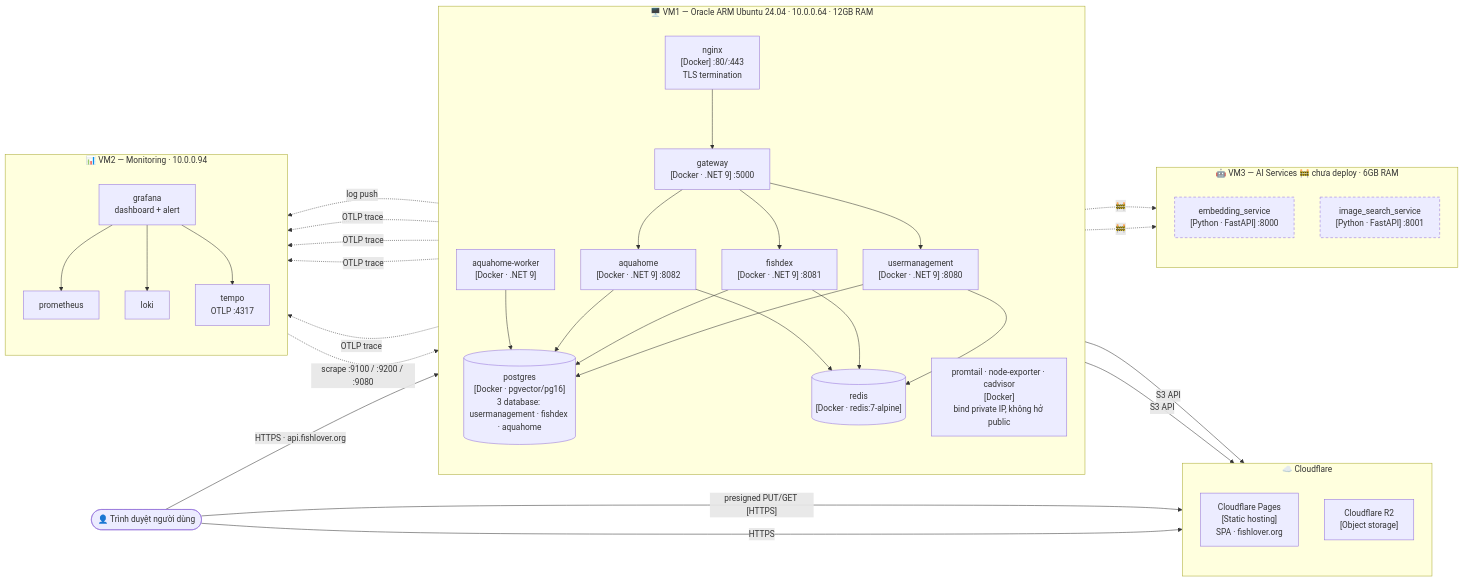
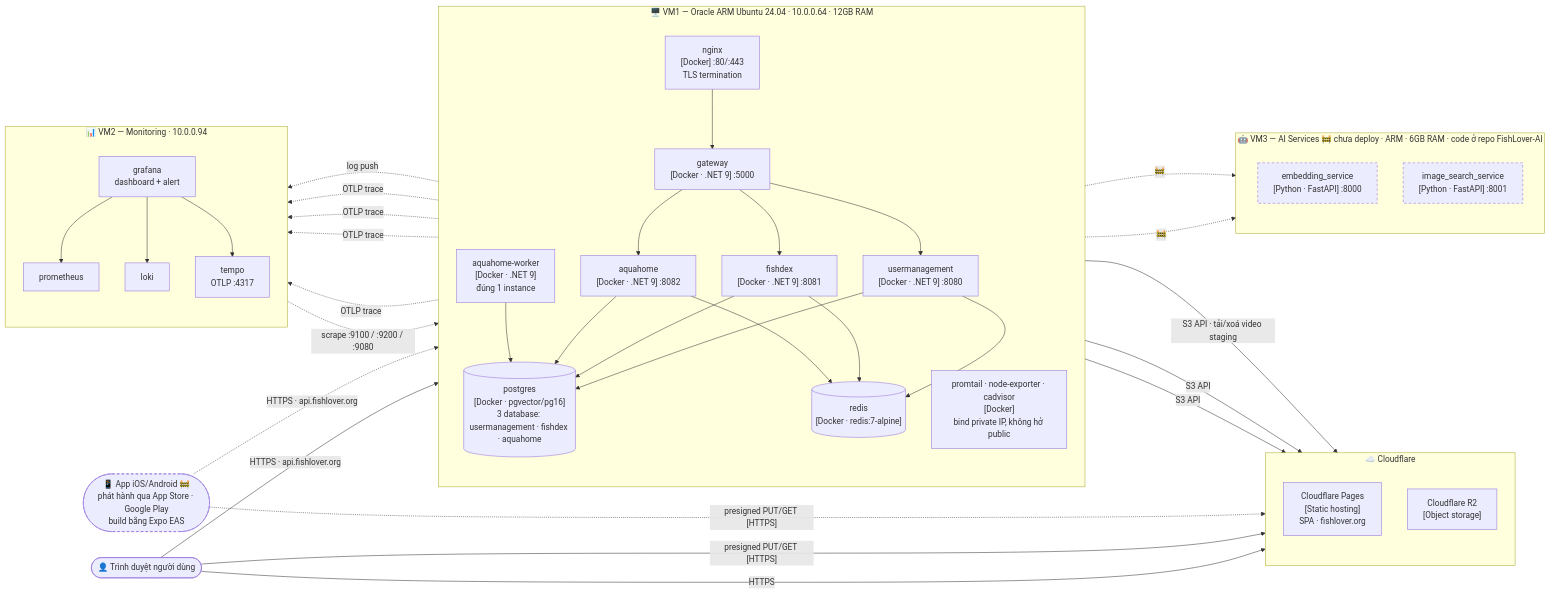
Before and after one commit to TheEastPham/FishDex: the diagram in docs/architecture/c4/deployment.md, drawn with Mermaid. The commit also changed other lines of this file and 6 other files, not shown here.

First line of the commit message:
docs: C4 for phase 2.0 and ADR 0006 (mobile in this repo, AI services apart)

````diff
--- a/docs/architecture/c4/deployment.md
+++ b/docs/architecture/c4/deployment.md
@@ -11,72 +11,76 @@
 ```mermaid
 %%{init: {"flowchart": {"curve": "basis", "nodeSpacing": 50, "rankSpacing": 90}}}%%
 graph LR
     BROWSER(["👤 Trình duyệt người dùng"])
+    PHONE(["📱 App iOS/Android 🚧<br/>phát hành qua App Store · Google Play<br/>build bằng Expo EAS"])
 
     subgraph CF ["☁️ Cloudflare"]
         direction TB
         PAGES["Cloudflare Pages<br/>[Static hosting]<br/>SPA · fishlover.org"]
         R2["Cloudflare R2<br/>[Object storage]"]
     end
 
     subgraph VM1 ["🖥️ VM1 — Oracle ARM Ubuntu 24.04 · 10.0.0.64 · 12GB RAM"]
         direction TB
         NGINX["nginx<br/>[Docker] :80/:443<br/>TLS termination"]
         GW_C["gateway<br/>[Docker · .NET 9] :5000"]
         UM_C["usermanagement<br/>[Docker · .NET 9] :8080"]
         FD_C["fishdex<br/>[Docker · .NET 9] :8081"]
         AQ_C["aquahome<br/>[Docker · .NET 9] :8082"]
-        WK_C["aquahome-worker<br/>[Docker · .NET 9]"]
+        WK_C["aquahome-worker<br/>[Docker · .NET 9]<br/>đúng 1 instance"]
         PG_C[("postgres<br/>[Docker · pgvector/pg16]<br/>3 database: usermanagement · fishdex · aquahome")]
         RD_C[("redis<br/>[Docker · redis:7-alpine]")]
         AGENTS["promtail · node-exporter · cadvisor<br/>[Docker]<br/>bind private IP, không hở public"]
     end
 
     subgraph VM2 ["📊 VM2 — Monitoring · 10.0.0.94"]
         direction TB
         PROM["prometheus"]
         LOKI["loki"]
         TEMPO["tempo<br/>OTLP :4317"]
         GRAF["grafana<br/>dashboard + alert"]
     end
 
-    subgraph VM3 ["🤖 VM3 — AI Services 🚧 chưa deploy · 6GB RAM"]
+    subgraph VM3 ["🤖 VM3 — AI Services 🚧 chưa deploy · ARM · 6GB RAM · code ở repo FishLover-AI"]
         direction TB
         EMB_C["embedding_service<br/>[Python · FastAPI] :8000"]
         IMG_C["image_search_service<br/>[Python · FastAPI] :8001"]
     end
 
     BROWSER -->|"HTTPS"| PAGES
     BROWSER -->|"HTTPS · api.fishlover.org"| NGINX
     BROWSER -->|"presigned PUT/GET [HTTPS]"| R2
+    PHONE -.->|"HTTPS · api.fishlover.org"| NGINX
+    PHONE -.->|"presigned PUT/GET [HTTPS]"| R2
 
     NGINX --> GW_C
     GW_C --> UM_C
     GW_C --> FD_C
     GW_C --> AQ_C
     UM_C --> PG_C
     FD_C --> PG_C
     AQ_C --> PG_C
     WK_C --> PG_C
     UM_C --> RD_C
     FD_C --> RD_C
     AQ_C --> RD_C
     FD_C -->|"S3 API"| R2
     AQ_C -->|"S3 API"| R2
+    WK_C -->|"S3 API · tải/xoá video staging"| R2
 
     GW_C -.->|"OTLP trace"| TEMPO
     UM_C -.->|"OTLP trace"| TEMPO
     FD_C -.->|"OTLP trace"| TEMPO
     AQ_C -.->|"OTLP trace"| TEMPO
     AGENTS -.->|"log push"| LOKI
     PROM -.->|"scrape :9100 / :9200 / :9080"| AGENTS
     GRAF --> PROM
     GRAF --> LOKI
     GRAF --> TEMPO
 
     AQ_C -.->|"🚧"| EMB_C
     FD_C -.->|"🚧"| IMG_C
 
     classDef planned stroke-dasharray: 5 4;
-    class EMB_C,IMG_C planned;
+    class EMB_C,IMG_C,PHONE planned;
 ```
````
